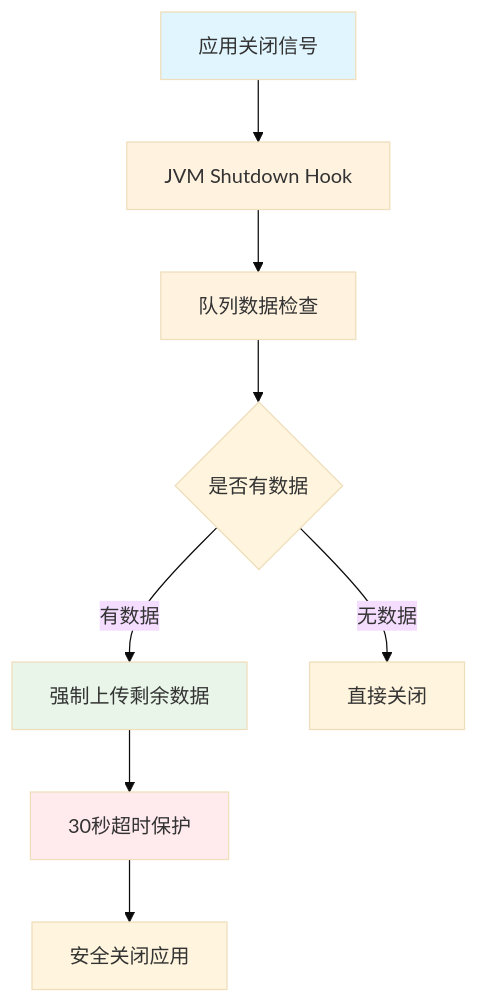
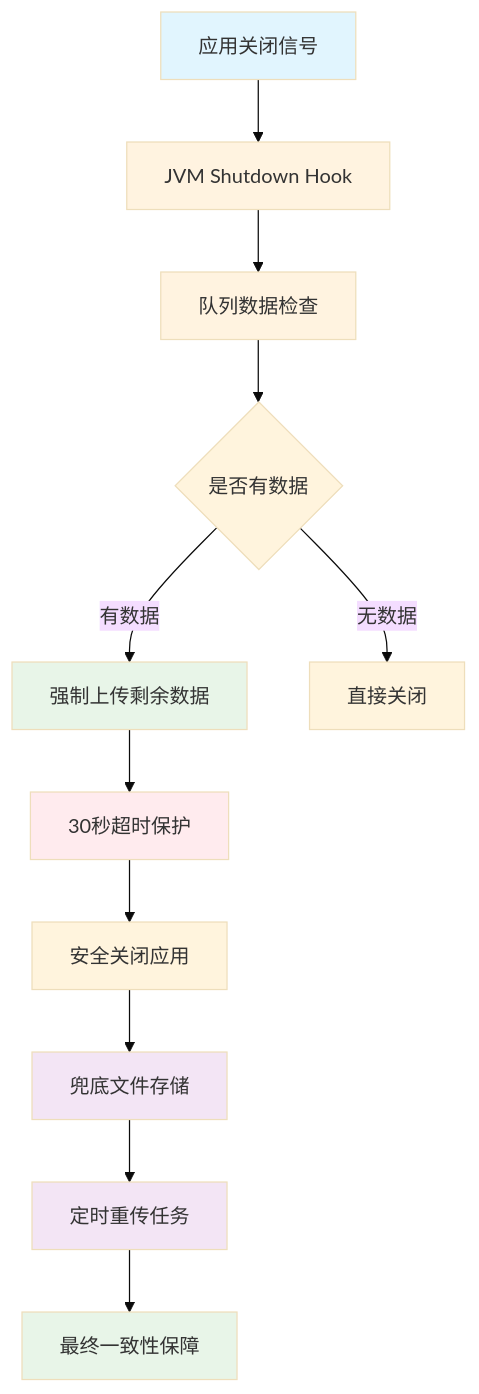
One commit to kzy77/logx-oss-appender changed the fourth of 5 diagrams in docs/technical-presentation.md. Above: the diagram before and after it, drawn with Mermaid (base theme). The commit also changed other lines of this file and 34 other files, not shown here.

````diff
--- a/docs/technical-presentation.md
+++ b/docs/technical-presentation.md
@@ -181,16 +196,22 @@
 ```mermaid
 graph TD
     A[应用关闭信号] --> B[JVM Shutdown Hook]
     B --> C[队列数据检查]
     C --> D{是否有数据}
     D -->|有数据| E[强制上传剩余数据]
     D -->|无数据| F[直接关闭]
     E --> G[30秒超时保护]
     G --> H[安全关闭应用]
+    H --> I[兜底文件存储]
+    I --> J[定时重传任务]
+    J --> K[最终一致性保障]
 
     style A fill:#e1f5fe
     style B fill:#fff3e0
     style C fill:#fff3e0
     style E fill:#e8f5e8
     style G fill:#ffebee
+    style I fill:#f3e5f5
+    style J fill:#f3e5f5
+    style K fill:#e8f5e8
 ```
````
